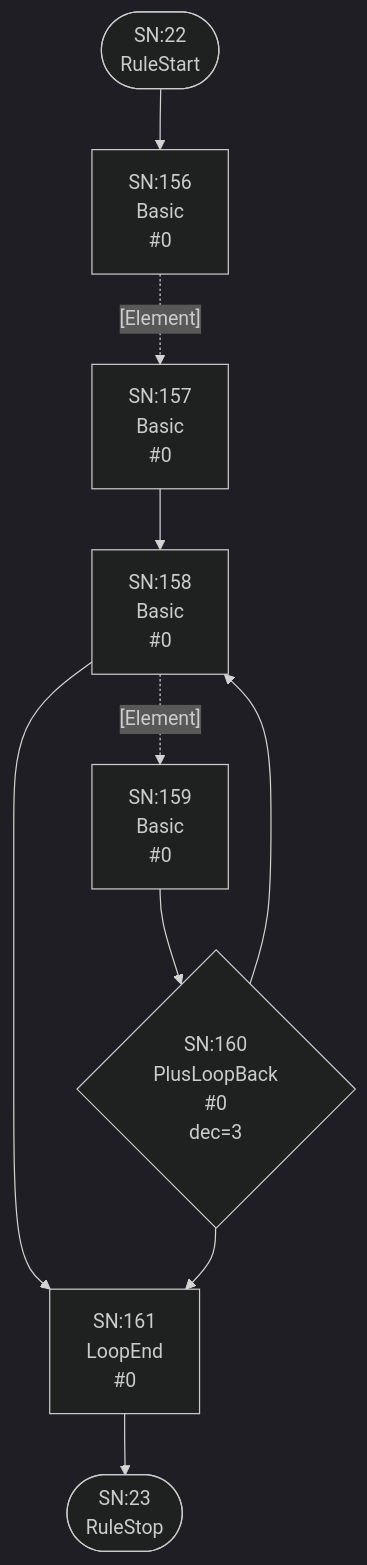
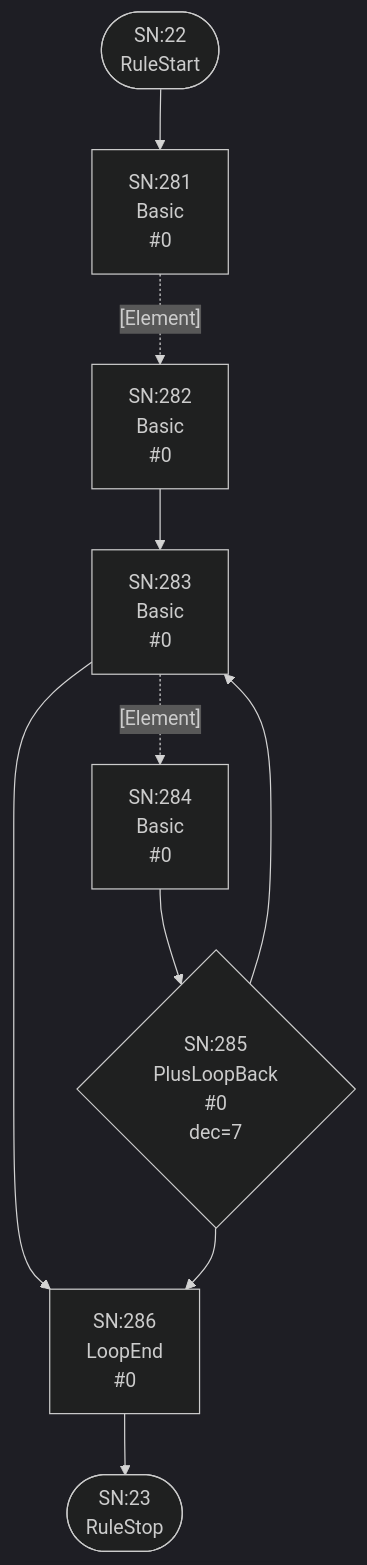
Before and after one commit to TypeFox/fastbelt: diagram 12 of 25 in internal/grammar/atn.md, drawn with Mermaid (dark theme). The commit also changed other lines of this file and 5 other files, not shown here.

````diff
--- a/internal/grammar/atn.md
+++ b/internal/grammar/atn.md
@@ -350,21 +358,21 @@
 ```mermaid
 flowchart TD
     q22(["SN:22<br/>RuleStart"])
     q23(["SN:23<br/>RuleStop"])
-    q156["SN:156<br/>Basic<br/> #0"]
-    q157["SN:157<br/>Basic<br/> #0"]
-    q158["SN:158<br/>Basic<br/> #0"]
-    q159["SN:159<br/>Basic<br/> #0"]
-    q160{"SN:160<br/>PlusLoopBack<br/> #0<br/>dec=3"}
-    q161["SN:161<br/>LoopEnd<br/> #0"]
+    q281["SN:281<br/>Basic<br/> #0"]
+    q282["SN:282<br/>Basic<br/> #0"]
+    q283["SN:283<br/>Basic<br/> #0"]
+    q284["SN:284<br/>Basic<br/> #0"]
+    q285{"SN:285<br/>PlusLoopBack<br/> #0<br/>dec=7"}
+    q286["SN:286<br/>LoopEnd<br/> #0"]
 
-    q22 --> q156
-    q156 -.->|"[Element]"| q157
-    q157 --> q158
-    q158 -.->|"[Element]"| q159
-    q158 --> q161
-    q159 --> q160
-    q160 --> q158
-    q160 --> q161
-    q161 --> q23
+    q22 --> q281
+    q281 -.->|"[Element]"| q282
+    q282 --> q283
+    q283 -.->|"[Element]"| q284
+    q283 --> q286
+    q284 --> q285
+    q285 --> q283
+    q285 --> q286
+    q286 --> q23
 ```
````
